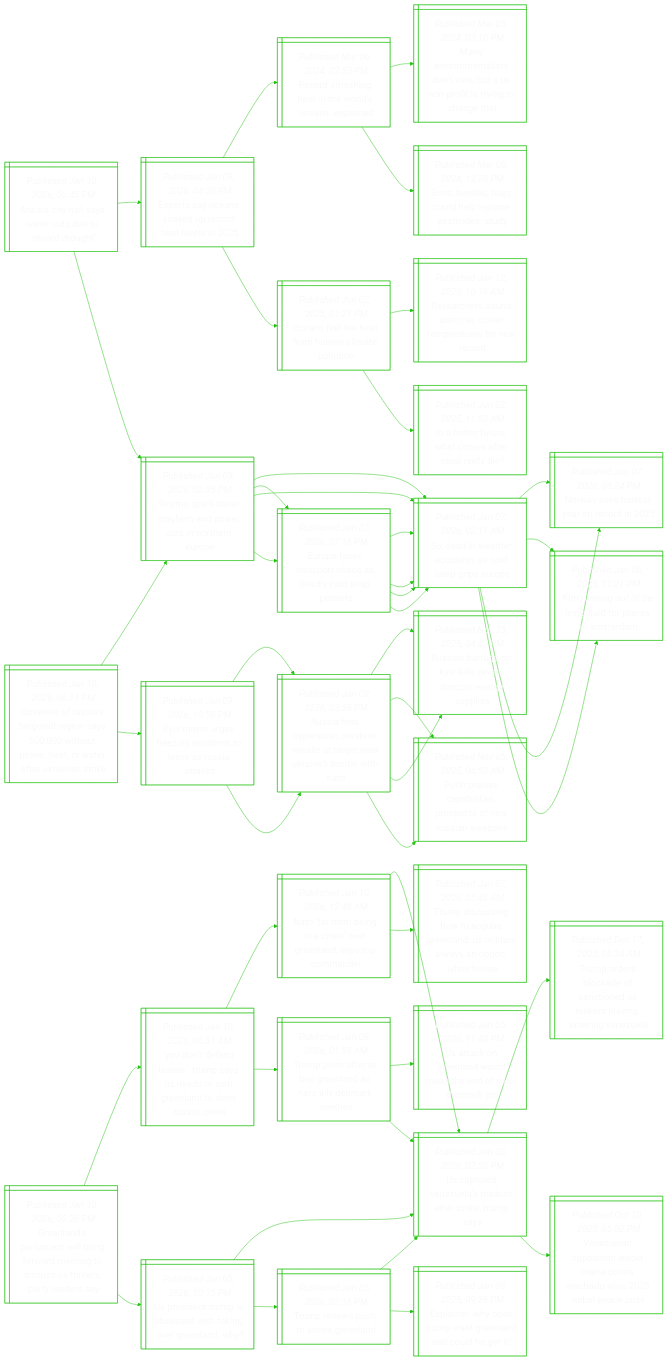
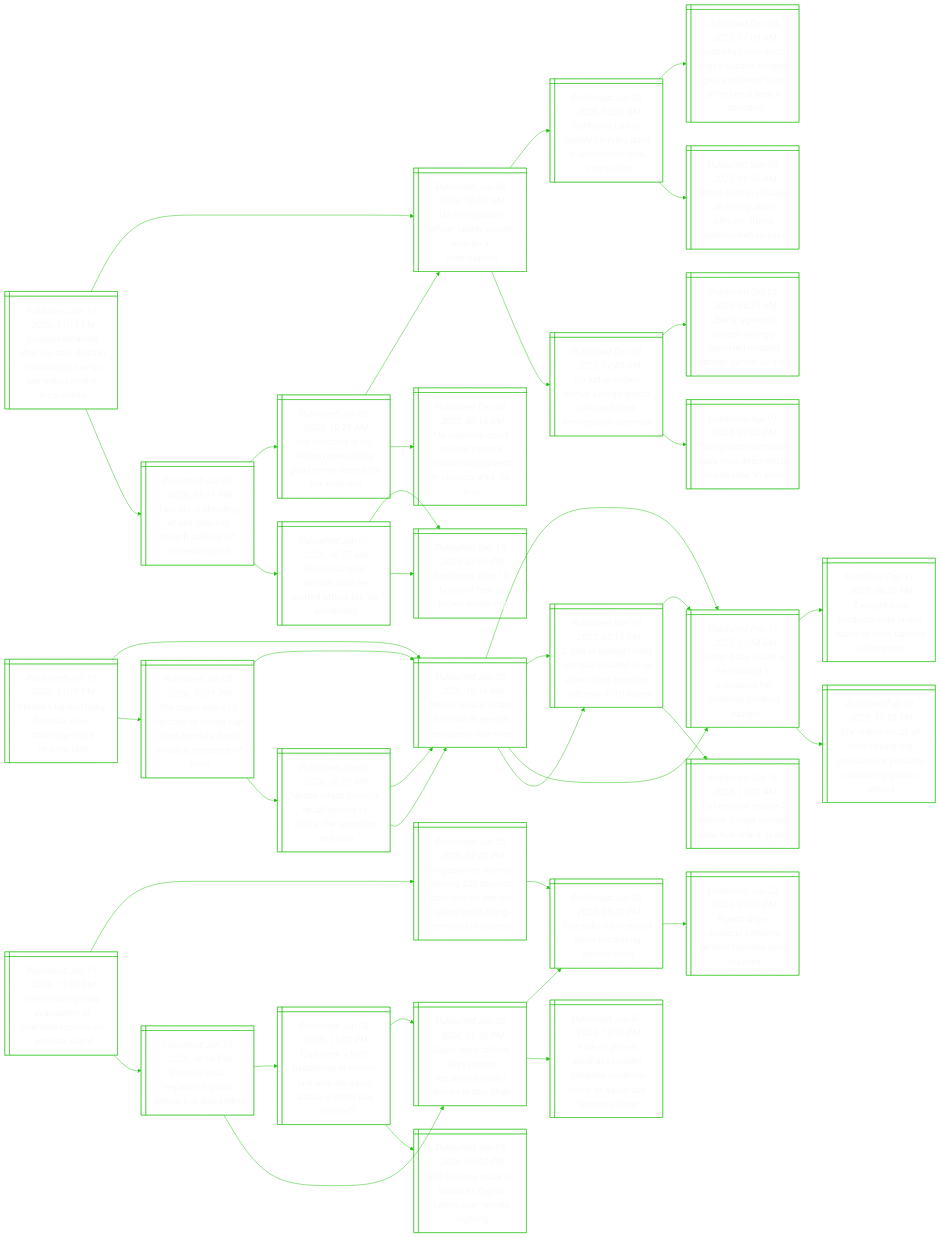
Before and after one commit to notJmes/notJmes: the diagram in README.md, drawn with Mermaid. The commit also changed other lines of this file, not shown here.

````diff
--- a/README.md
+++ b/README.md
@@ -16,142 +16,130 @@
 flowchart LR
 classDef txtsize font-size:20px;
 
-Aahatttoo@{ shape: win-pane, label: "_Published Jan 10, 2026, 06:45 PM_
-Ankara city hall says water cuts due to ‘record drought’" }
-SskehdritEe@{ shape: win-pane, label: "_Published Jan 09, 2026, 02:35 PM_
-Storms spark travel mayhem and power cuts in northern europe" }
-Eesscadlpi@{ shape: win-pane, label: "_Published Jan 07, 2026, 07:16 PM_
-Europe faces transport chaos as deadly cold snap persists" }
-SaerdadgEe@{ shape: win-pane, label: "_Published Jan 07, 2026, 02:11 AM_
-Six dead in weather accidents as cold snap grips europe" }
-SaerdadgEe@{ shape: win-pane, label: "_Published Jan 07, 2026, 02:11 AM_
-Six dead in weather accidents as cold snap grips europe" }
-SaerdadgEe@{ shape: win-pane, label: "_Published Jan 07, 2026, 02:11 AM_
-Six dead in weather accidents as cold snap grips europe" }
-Knodnipssa@{ shape: win-pane, label: "_Published Jan 06, 2026, 11:21 PM_
-Klm running out of de-icing fluid for planes in amsterdam" }
-Nyhsrcn@{ shape: win-pane, label: "_Published Jan 07, 2026, 06:24 PM_
-Norway sees hottest year on record in 2025" }
-Etoseehei@{ shape: win-pane, label: "_Published Jan 09, 2026, 04:30 PM_
-Experts say oceans soaked up record heat levels in 2025" }
-Ostamnalo@{ shape: win-pane, label: "_Published Jun 02, 2025, 01:21 PM_
-Oceans feel the heat from human climate pollution" }
-Ituwofoei@{ shape: win-pane, label: "_Published Jun 02, 2025, 11:53 AM_
-In a hotter future, what comes after coral reefs die?" }
-Rrsdmemthwr@{ shape: win-pane, label: "_Published Jan 12, 2023, 10:16 AM_
-Researchers sound alarm as ocean temperatures hit new record" }
-Rdhetrcei@{ shape: win-pane, label: "_Published Mar 06, 2024, 02:53 PM_
-Record-smashing heat in the world’s oceans, explained" }
-Bbesdrcted@{ shape: win-pane, label: "_Published Mar 06, 2024, 12:28 PM_
-Birds, beetles, bugs could help replace pesticides: study" }
-Mnnasvunosnht@{ shape: win-pane, label: "_Published Mar 05, 2024, 03:10 PM_
-Many environmentalists don’t vote, but a us non-profit is trying to change that" }
+Scaasodsiaaoecd@{ shape: win-pane, label: "_Published Jan 10, 2026, 11:11 PM_
+Suspect detained after six shot dead in mississippi, say us law enforcement, local media" }
+UiifflomMas@{ shape: win-pane, label: "_Published Jan 08, 2026, 06:35 AM_
+Us immigration officer fatally shoots woman in minneapolis" }
+Coboyyuustlts@{ shape: win-pane, label: "_Published Jan 03, 2026, 10:23 AM_
+California ban on openly carrying guns is unconstitutional, court rules" }
+AaNulsornratnaog@{ shape: win-pane, label: "_Published Dec 24, 2025, 07:03 AM_
+Australia’s new south wales passes tougher gun, anti-terror laws after bondi beach shooting" }
+SfictgoiTaita@{ shape: win-pane, label: "_Published Nov 09, 2025, 06:30 AM_
+Shots fired in chicago at immigration officers, trump administration says" }
+UgelbGaarmtei@{ shape: win-pane, label: "_Published Dec 12, 2025, 12:45 AM_
+Us judge orders kilmar abrego garcia released from immigration detention" }
+LieatgpdaraUs@{ shape: win-pane, label: "_Published Oct 25, 2025, 04:25 AM_
+Liberia agrees to accept wrongly deported migrant abrego garcia, us says" }
+Taitanrolrr@{ shape: win-pane, label: "_Published Apr 01, 2025, 09:02 PM_
+Trump administration says man deported to el salvador ‘in error’" }
+Teoglechitrj@{ shape: win-pane, label: "_Published Jan 08, 2026, 01:11 PM_
+Two die in shooting at salt lake city church parking lot, several injured" }
+IogVmeldmded@{ shape: win-pane, label: "_Published Jan 08, 2026, 10:23 AM_
+Ice shooting in us: victim renee nicole good remembered for her kindness" }
+UiifflomMas@{ shape: win-pane, label: "_Published Jan 08, 2026, 06:35 AM_
+Us immigration officer fatally shoots woman in minneapolis" }
+Uroespidyicrr@{ shape: win-pane, label: "_Published Dec 24, 2025, 06:14 AM_
+Us supreme court rejects trump’s military deployment in chicago area, for now" }
+Bcstildcsmr@{ shape: win-pane, label: "_Published Jan 07, 2026, 08:57 AM_
+Brown campus shooter said he plotted attack for ‘six semesters’" }
+GoereBUr@{ shape: win-pane, label: "_Published Dec 15, 2025, 02:06 PM_
+Gunshots, then 12 hours of fear at brown university" }
+GoereBUr@{ shape: win-pane, label: "_Published Dec 15, 2025, 02:06 PM_
+Gunshots, then 12 hours of fear at brown university" }
 
-Aahatttoo:::txtsize --> SskehdritEe:::txtsize
-SskehdritEe:::txtsize --> Eesscadlpi:::txtsize
-Eesscadlpi:::txtsize --> SaerdadgEe:::txtsize
-Eesscadlpi:::txtsize --> SaerdadgEe:::txtsize
-SskehdritEe:::txtsize --> SaerdadgEe:::txtsize
-SaerdadgEe:::txtsize --> Knodnipssa:::txtsize
-SaerdadgEe:::txtsize --> Nyhsrcn:::txtsize
-Aahatttoo:::txtsize --> Etoseehei:::txtsize
-Etoseehei:::txtsize --> Ostamnalo:::txtsize
-Ostamnalo:::txtsize --> Ituwofoei:::txtsize
-Ostamnalo:::txtsize --> Rrsdmemthwr:::txtsize
-Etoseehei:::txtsize --> Rdhetrcei:::txtsize
-Rdhetrcei:::txtsize --> Bbesdrcted:::txtsize
-Rdhetrcei:::txtsize --> Mnnasvunosnht:::txtsize
+Scaasodsiaaoecd:::txtsize --> UiifflomMas:::txtsize
+UiifflomMas:::txtsize --> Coboyyuustlts:::txtsize
+Coboyyuustlts:::txtsize --> AaNulsornratnaog:::txtsize
+Coboyyuustlts:::txtsize --> SfictgoiTaita:::txtsize
+UiifflomMas:::txtsize --> UgelbGaarmtei:::txtsize
+UgelbGaarmtei:::txtsize --> LieatgpdaraUs:::txtsize
+UgelbGaarmtei:::txtsize --> Taitanrolrr:::txtsize
+Scaasodsiaaoecd:::txtsize --> Teoglechitrj:::txtsize
+Teoglechitrj:::txtsize --> IogVmeldmded:::txtsize
+IogVmeldmded:::txtsize --> UiifflomMas:::txtsize
+IogVmeldmded:::txtsize --> Uroespidyicrr:::txtsize
+Teoglechitrj:::txtsize --> Bcstildcsmr:::txtsize
+Bcstildcsmr:::txtsize --> GoereBUr:::txtsize
+Bcstildcsmr:::txtsize --> GoereBUr:::txtsize
 
-Glpawrodidshsyey@{ shape: win-pane, label: "_Published Jan 10, 2026, 06:26 PM_
-Greenland’s parliament will bring forward meeting to discuss us threats, party leaders say" }
-UstpsdtgGlh@{ shape: win-pane, label: "_Published Jan 05, 2026, 10:15 PM_
-Us president trump is obsessed with taking over greenland. why?" }
-Trsteed@{ shape: win-pane, label: "_Published Jan 05, 2026, 02:16 PM_
-Trump renews push to annex greenland" }
-EihspGlnle@{ shape: win-pane, label: "_Published Jan 08, 2025, 09:36 PM_
-Explainer: why does trump want greenland and could he get it?" }
-UtVuMorkms@{ shape: win-pane, label: "_Published Jan 03, 2026, 02:58 PM_
-Us captured venezuela’s maduro after strike, trump says" }
-UtVuMorkms@{ shape: win-pane, label: "_Published Jan 03, 2026, 02:58 PM_
-Us captured venezuela’s maduro after strike, trump says" }
-Vuoilranhibai@{ shape: win-pane, label: "_Published Oct 10, 2025, 05:02 PM_
-Venezuelan opposition leader maria corina machado wins 2025 nobel peace prize" }
-Toskftdasitgz@{ shape: win-pane, label: "_Published Dec 17, 2025, 08:34 AM_
-Trump orders blockade of sanctioned oil tankers leaving, entering venezuela" }
-YnearantGlorin@{ shape: win-pane, label: "_Published Jan 10, 2026, 06:31 AM_
-‘you don’t defend leases’: trump says us needs to own greenland to deter russia, china" }
-TpotGlsaekh@{ shape: win-pane, label: "_Published Jan 08, 2026, 01:59 AM_
-Trump plots offer to buy greenland as nato ally denmark seethes" }
-UtVuMorkms@{ shape: win-pane, label: "_Published Jan 03, 2026, 02:58 PM_
-Us captured venezuela’s maduro after strike, trump says" }
-UaGloeefDr@{ shape: win-pane, label: "_Published Jan 05, 2026, 11:40 PM_
-Us attack on greenland would mean the end of nato: denmark pm" }
-Namgroraycn@{ shape: win-pane, label: "_Published Jan 10, 2026, 12:48 AM_
-Nato ‘far from being in a crisis’ over greenland, says top commander" }
-TdsharedlyypWH@{ shape: win-pane, label: "_Published Jan 07, 2026, 05:46 AM_
-Trump discussing how to acquire greenland; us military always an option: white house" }
-UtVuMorkms@{ shape: win-pane, label: "_Published Jan 03, 2026, 02:58 PM_
-Us captured venezuela’s maduro after strike, trump says" }
+NenarwhnOaa@{ shape: win-pane, label: "_Published Jan 10, 2026, 11:10 PM_
+Nestle’s tainted baby formula woes challenge ceo’s revamp plan" }
+NelfoavEeue@{ shape: win-pane, label: "_Published Jan 06, 2026, 10:16 AM_
+Nestle recalls infant formula in several european countries" }
+Grsteeiorncna@{ shape: win-pane, label: "_Published Feb 17, 2025, 11:54 PM_
+Gerber baby snack to be recalled in singapore for potential choking hazard" }
+wtpcliuhasa@{ shape: win-pane, label: "_Published Feb 11, 2025, 06:35 PM_
+2 weight-loss products sold online found to have banned substances" }
+Sdeodopcrionlce@{ shape: win-pane, label: "_Published Feb 07, 2025, 11:55 PM_
+Sfa orders recall of food seasoning products for possibly containing plastic pieces" }
+lfabmeeSrnuoess@{ shape: win-pane, label: "_Published Nov 09, 2025, 02:18 PM_
+2 lots of byheart baby formula recalled in us after infant botulism outbreak in 10 states" }
+Grsteeiorncna@{ shape: win-pane, label: "_Published Feb 17, 2025, 11:54 PM_
+Gerber baby snack to be recalled in singapore for potential choking hazard" }
+FrellSSsrith@{ shape: win-pane, label: "_Published Oct 14, 2024, 11:45 AM_
+Fisher-price recalls 2 million ‘snuga swings’ after five infant deaths" }
+SolassAardpbeex@{ shape: win-pane, label: "_Published Jan 08, 2026, 10:35 PM_
+Sfa stops sale of 5 batches of nestle nan infant formula due to possible presence of toxin" }
+NelfoavEeue@{ shape: win-pane, label: "_Published Jan 06, 2026, 10:16 AM_
+Nestle recalls infant formula in several european countries" }
+Grsteeiorncna@{ shape: win-pane, label: "_Published Feb 17, 2025, 11:54 PM_
+Gerber baby snack to be recalled in singapore for potential choking hazard" }
+lfabmeeSrnuoess@{ shape: win-pane, label: "_Published Nov 09, 2025, 02:18 PM_
+2 lots of byheart baby formula recalled in us after infant botulism outbreak in 10 states" }
+Nenmewsrhrai@{ shape: win-pane, label: "_Published Jan 08, 2026, 06:25 AM_
+Nestle infant formula recall widens to africa, the americas and asia" }
+NelfoavEeue@{ shape: win-pane, label: "_Published Jan 06, 2026, 10:16 AM_
+Nestle recalls infant formula in several european countries" }
+NelfoavEeue@{ shape: win-pane, label: "_Published Jan 06, 2026, 10:16 AM_
+Nestle recalls infant formula in several european countries" }
 
-Glpawrodidshsyey:::txtsize --> UstpsdtgGlh:::txtsize
-UstpsdtgGlh:::txtsize --> Trsteed:::txtsize
-Trsteed:::txtsize --> EihspGlnle:::txtsize
-Trsteed:::txtsize --> UtVuMorkms:::txtsize
-UstpsdtgGlh:::txtsize --> UtVuMorkms:::txtsize
-UtVuMorkms:::txtsize --> Vuoilranhibai:::txtsize
-UtVuMorkms:::txtsize --> Toskftdasitgz:::txtsize
-Glpawrodidshsyey:::txtsize --> YnearantGlorin:::txtsize
-YnearantGlorin:::txtsize --> TpotGlsaekh:::txtsize
-TpotGlsaekh:::txtsize --> UtVuMorkms:::txtsize
-TpotGlsaekh:::txtsize --> UaGloeefDr:::txtsize
-YnearantGlorin:::txtsize --> Namgroraycn:::txtsize
-Namgroraycn:::txtsize --> TdsharedlyypWH:::txtsize
-Namgroraycn:::txtsize --> UtVuMorkms:::txtsize
+NenarwhnOaa:::txtsize --> NelfoavEeue:::txtsize
+NelfoavEeue:::txtsize --> Grsteeiorncna:::txtsize
+Grsteeiorncna:::txtsize --> wtpcliuhasa:::txtsize
+Grsteeiorncna:::txtsize --> Sdeodopcrionlce:::txtsize
+NelfoavEeue:::txtsize --> lfabmeeSrnuoess:::txtsize
+lfabmeeSrnuoess:::txtsize --> Grsteeiorncna:::txtsize
+lfabmeeSrnuoess:::txtsize --> FrellSSsrith:::txtsize
+NenarwhnOaa:::txtsize --> SolassAardpbeex:::txtsize
+SolassAardpbeex:::txtsize --> NelfoavEeue:::txtsize
+NelfoavEeue:::txtsize --> Grsteeiorncna:::txtsize
+NelfoavEeue:::txtsize --> lfabmeeSrnuoess:::txtsize
+SolassAardpbeex:::txtsize --> Nenmewsrhrai:::txtsize
+Nenmewsrhrai:::txtsize --> NelfoavEeue:::txtsize
+Nenmewsrhrai:::txtsize --> NelfoavEeue:::txtsize
 
-GnRagrnwuetttrai@{ shape: win-pane, label: "_Published Jan 10, 2026, 06:11 PM_
-Governor of russia’s belgorod region says 600,000 without power, heat, or water after ukrainian strike" }
-KarrnisaRac@{ shape: win-pane, label: "_Published Jan 09, 2026, 10:59 PM_
-Kyiv mayor urges freezing residents to leave as russia attacks" }
-Rasrchiererseh@{ shape: win-pane, label: "_Published Jan 09, 2026, 03:56 PM_
-Russia fires hypersonic oreshnik missile at target near ukraine’s border with nato" }
-Ppeatrcnswn@{ shape: win-pane, label: "_Published Nov 05, 2025, 04:52 AM_
-Putin praises capabilities, prospects of new russian weapons" }
-Rarnksdpeue@{ shape: win-pane, label: "_Published Nov 25, 2025, 04:43 PM_
-Russian barrage on kyiv kills seven, disrupts energy supplies" }
-Rasrchiererseh@{ shape: win-pane, label: "_Published Jan 09, 2026, 03:56 PM_
-Russia fires hypersonic oreshnik missile at target near ukraine’s border with nato" }
-Ppeatrcnswn@{ shape: win-pane, label: "_Published Nov 05, 2025, 04:52 AM_
-Putin praises capabilities, prospects of new russian weapons" }
-Rarnksdpeue@{ shape: win-pane, label: "_Published Nov 25, 2025, 04:43 PM_
-Russian barrage on kyiv kills seven, disrupts energy supplies" }
-SskehdritEe@{ shape: win-pane, label: "_Published Jan 09, 2026, 02:35 PM_
-Storms spark travel mayhem and power cuts in northern europe" }
-Eesscadlpi@{ shape: win-pane, label: "_Published Jan 07, 2026, 07:16 PM_
-Europe faces transport chaos as deadly cold snap persists" }
-SaerdadgEe@{ shape: win-pane, label: "_Published Jan 07, 2026, 02:11 AM_
-Six dead in weather accidents as cold snap grips europe" }
-SaerdadgEe@{ shape: win-pane, label: "_Published Jan 07, 2026, 02:11 AM_
-Six dead in weather accidents as cold snap grips europe" }
-SaerdadgEe@{ shape: win-pane, label: "_Published Jan 07, 2026, 02:11 AM_
-Six dead in weather accidents as cold snap grips europe" }
-Knodnipssa@{ shape: win-pane, label: "_Published Jan 06, 2026, 11:21 PM_
-Klm running out of de-icing fluid for planes in amsterdam" }
-Nyhsrcn@{ shape: win-pane, label: "_Published Jan 07, 2026, 06:24 PM_
-Norway sees hottest year on record in 2025" }
+Ycevtfnotoan@{ shape: win-pane, label: "_Published Jan 10, 2026, 11:06 PM_
+Yemen completes evacuation of stranded tourists on socotra island" }
+Spnngiteeidrgint@{ shape: win-pane, label: "_Published Jan 05, 2026, 02:49 PM_
+Singaporean woman among 420 tourists stranded on yemeni island amid rising tensions in country" }
+Ulrraster@{ shape: win-pane, label: "_Published Jan 03, 2026, 05:40 PM_
+Uae calls for restraint amid escalating yemen crisis" }
+Rhsoenntals@{ shape: win-pane, label: "_Published Jan 03, 2026, 03:20 PM_
+Riyadh urges dialogue between yemeni factions amid clashes" }
+Yssagdsdn@{ shape: win-pane, label: "_Published Jan 10, 2026, 08:06 PM_
+Yemen’s main separatist group denies it is disbanding" }
+EihaiYayaraene@{ shape: win-pane, label: "_Published Jan 08, 2026, 11:41 PM_
+Explainer: what’s happening in yemen, and why are saudi arabia and the uae involved?" }
+Slaosnrteinh@{ shape: win-pane, label: "_Published Jan 08, 2026, 12:36 PM_
+Saudi-led coalition says yemen separatist leader arrives in abu dhabi" }
+tsuidihdYfi@{ shape: win-pane, label: "_Published Jan 05, 2026, 09:04 PM_
+400 tourists stuck on island as flights halted over yemen fighting" }
+Slaosnrteinh@{ shape: win-pane, label: "_Published Jan 08, 2026, 12:36 PM_
+Saudi-led coalition says yemen separatist leader arrives in abu dhabi" }
+Ulrraster@{ shape: win-pane, label: "_Published Jan 03, 2026, 05:40 PM_
+Uae calls for restraint amid escalating yemen crisis" }
+FfnrteporsSUnse@{ shape: win-pane, label: "_Published Jan 07, 2026, 12:36 PM_
+Fate of yemen separatist leader deepens southern crisis as saudi-uae tensions linger" }
 
-GnRagrnwuetttrai:::txtsize --> KarrnisaRac:::txtsize
-KarrnisaRac:::txtsize --> Rasrchiererseh:::txtsize
-Rasrchiererseh:::txtsize --> Ppeatrcnswn:::txtsize
-Rasrchiererseh:::txtsize --> Rarnksdpeue:::txtsize
-KarrnisaRac:::txtsize --> Rasrchiererseh:::txtsize
-Rasrchiererseh:::txtsize --> Ppeatrcnswn:::txtsize
-Rasrchiererseh:::txtsize --> Rarnksdpeue:::txtsize
-GnRagrnwuetttrai:::txtsize --> SskehdritEe:::txtsize
-SskehdritEe:::txtsize --> Eesscadlpi:::txtsize
-Eesscadlpi:::txtsize --> SaerdadgEe:::txtsize
-Eesscadlpi:::txtsize --> SaerdadgEe:::txtsize
-SskehdritEe:::txtsize --> SaerdadgEe:::txtsize
-SaerdadgEe:::txtsize --> Knodnipssa:::txtsize
-SaerdadgEe:::txtsize --> Nyhsrcn:::txtsize
+Ycevtfnotoan:::txtsize --> Spnngiteeidrgint:::txtsize
+Spnngiteeidrgint:::txtsize --> Ulrraster:::txtsize
+Ulrraster:::txtsize --> Rhsoenntals:::txtsize
+Ycevtfnotoan:::txtsize --> Yssagdsdn:::txtsize
+Yssagdsdn:::txtsize --> EihaiYayaraene:::txtsize
+EihaiYayaraene:::txtsize --> Slaosnrteinh:::txtsize
+EihaiYayaraene:::txtsize --> tsuidihdYfi:::txtsize
+Yssagdsdn:::txtsize --> Slaosnrteinh:::txtsize
+Slaosnrteinh:::txtsize --> Ulrraster:::txtsize
+Slaosnrteinh:::txtsize --> FfnrteporsSUnse:::txtsize
 
 ```
````
